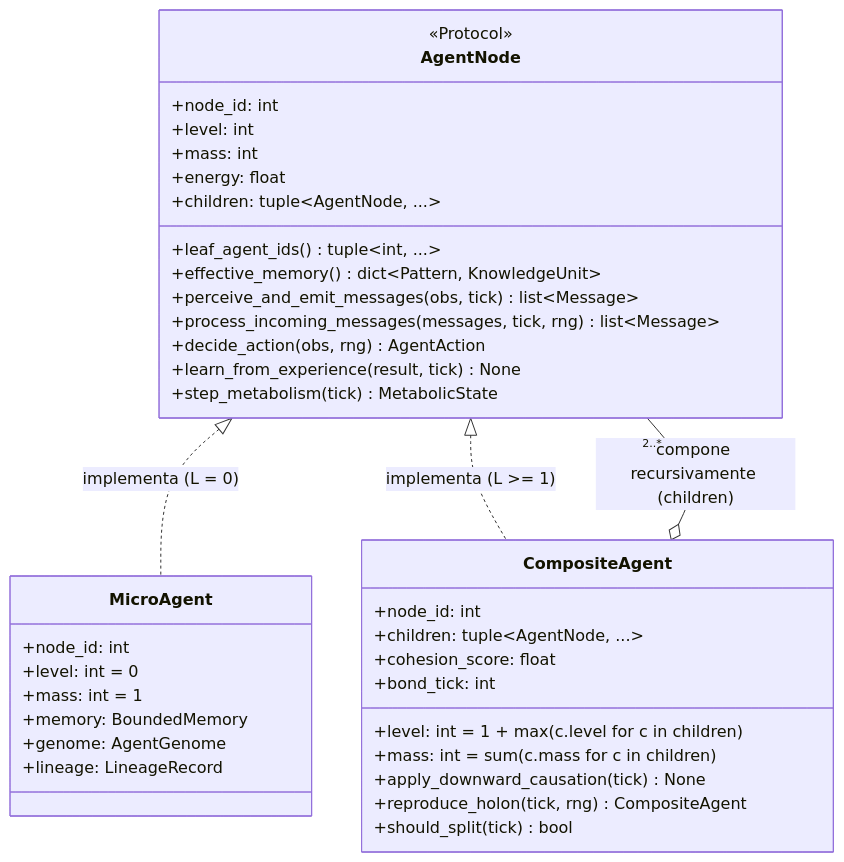
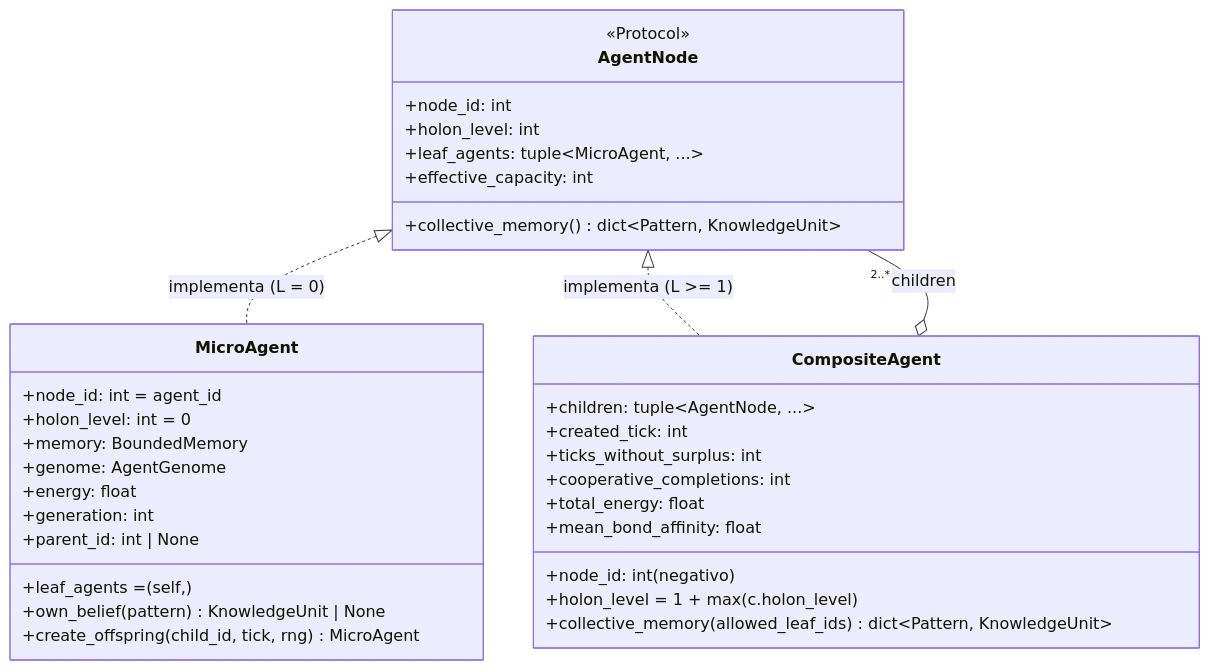
The first of 2 diagrams in DEFINICIONES_TECNICAS.md (Jorge-Guli/IDE), drawn with Mermaid before and after one commit. The commit also changed other lines of this file and 1 other file, not shown here.

````diff
--- a/DEFINICIONES_TECNICAS.md
+++ b/DEFINICIONES_TECNICAS.md
@@ -243,43 +276,40 @@
 ```mermaid
 classDiagram
     class AgentNode {
         <<Protocol>>
         +node_id: int
-        +level: int
-        +mass: int
-        +energy: float
-        +children: tuple~AgentNode, ...~
-        +leaf_agent_ids() tuple~int, ...~
-        +effective_memory() dict~Pattern, KnowledgeUnit~
-        +perceive_and_emit_messages(obs, tick) list~Message~
-        +process_incoming_messages(messages, tick, rng) list~Message~
-        +decide_action(obs, rng) AgentAction
-        +learn_from_experience(result, tick) None
-        +step_metabolism(tick) MetabolicState
+        +holon_level: int
+        +leaf_agents: tuple~MicroAgent, ...~
+        +effective_capacity: int
+        +collective_memory() dict~Pattern, KnowledgeUnit~
     }
 
     class MicroAgent {
-        +node_id: int
-        +level: int = 0
-        +mass: int = 1
+        +node_id: int = agent_id
+        +holon_level: int = 0
+        +leaf_agents = (self,)
         +memory: BoundedMemory
         +genome: AgentGenome
-        +lineage: LineageRecord
+        +energy: float
+        +generation: int
+        +parent_id: int | None
+        +own_belief(pattern) KnowledgeUnit | None
+        +create_offspring(child_id, tick, rng) MicroAgent
     }
 
     class CompositeAgent {
-        +node_id: int
+        +node_id: int (negativo)
         +children: tuple~AgentNode, ...~
-        +level: int = 1 + max(c.level for c in children)
-        +mass: int = sum(c.mass for c in children)
-        +cohesion_score: float
-        +bond_tick: int
-        +apply_downward_causation(tick) None
-        +reproduce_holon(tick, rng) CompositeAgent
-        +should_split(tick) bool
+        +created_tick: int
+        +ticks_without_surplus: int
+        +cooperative_completions: int
+        +holon_level = 1 + max(c.holon_level)
+        +total_energy: float
+        +mean_bond_affinity: float
+        +collective_memory(allowed_leaf_ids) dict~Pattern, KnowledgeUnit~
     }
 
     AgentNode <|.. MicroAgent : implementa (L = 0)
     AgentNode <|.. CompositeAgent : implementa (L >= 1)
-    CompositeAgent o-- "2..*" AgentNode : compone recursivamente (children)
+    CompositeAgent o-- "2..*" AgentNode : children
 ```
````
